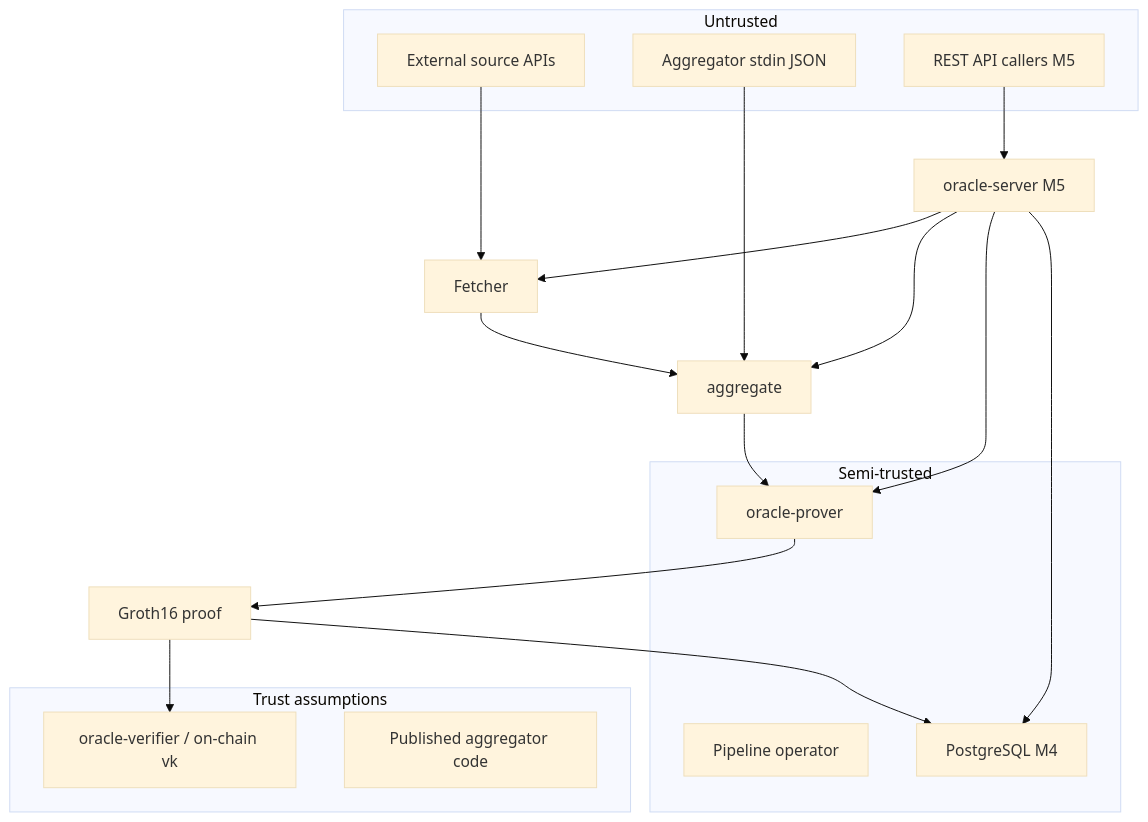
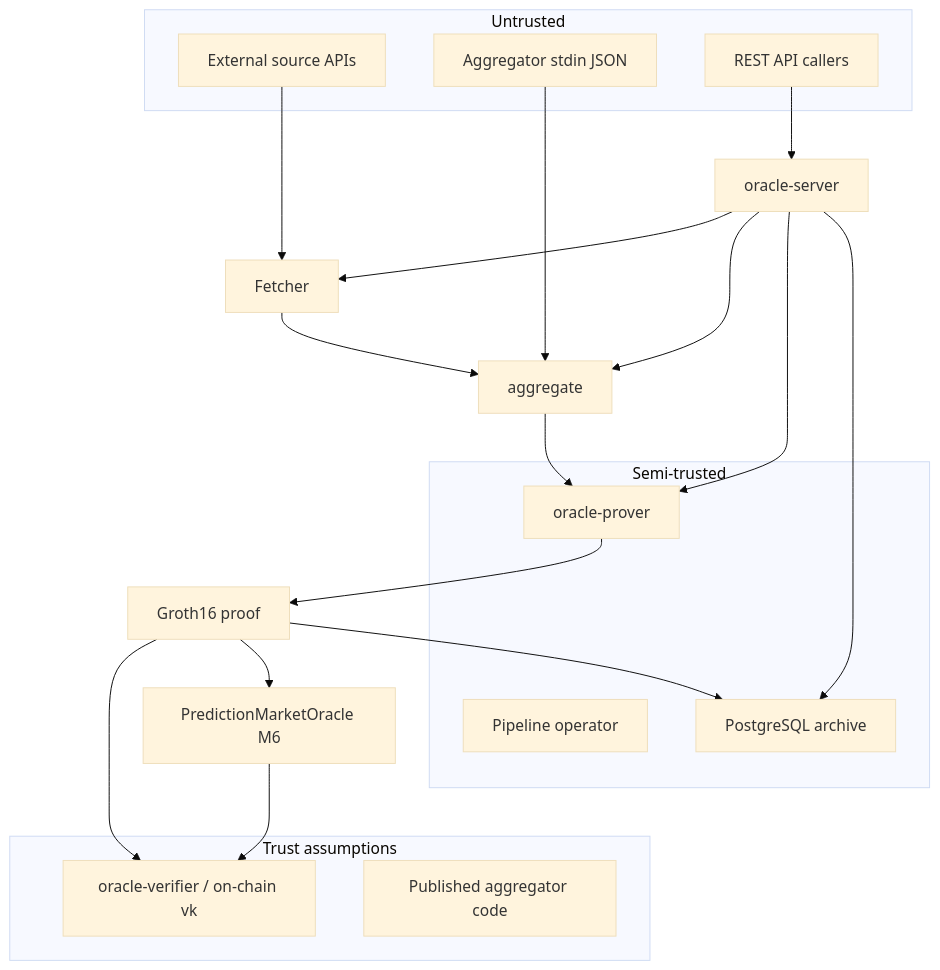
Before and after one commit to akshitj11/zk-oracle-aggregator: the diagram in docs/security/threat-model.md, drawn with Mermaid (base theme). The commit also changed other lines of this file and 5 other files, not shown here.

````diff
--- a/docs/security/threat-model.md
+++ b/docs/security/threat-model.md
@@ -7,29 +7,31 @@
 ```mermaid
 flowchart TB
   subgraph untrusted [Untrusted]
     APIs[External source APIs]
     StdinAgg[Aggregator stdin JSON]
-    ApiCaller[REST API callers M5]
+    ApiCaller[REST API callers]
   end
   subgraph semi [Semi-trusted]
     Prover[oracle-prover]
     Operator[Pipeline operator]
-    Postgres[PostgreSQL M4]
+    Postgres[PostgreSQL archive]
   end
   subgraph trusted [Trust assumptions]
     Verifier[oracle-verifier / on-chain vk]
     AggregatorLogic[Published aggregator code]
   end
   APIs --> Fetcher
   Fetcher --> Agg[aggregate]
   StdinAgg --> Agg
   Agg --> Prover
   Prover --> Proof[Groth16 proof]
   Proof --> Verifier
   Proof --> Postgres
-  ApiCaller --> Server[oracle-server M5]
+  ApiCaller --> Server[oracle-server]
+  Proof --> Chain[PredictionMarketOracle M6]
+  Chain --> Verifier
   Server --> Fetcher
   Server --> Agg
   Server --> Prover
   Server --> Postgres
 ```
````
